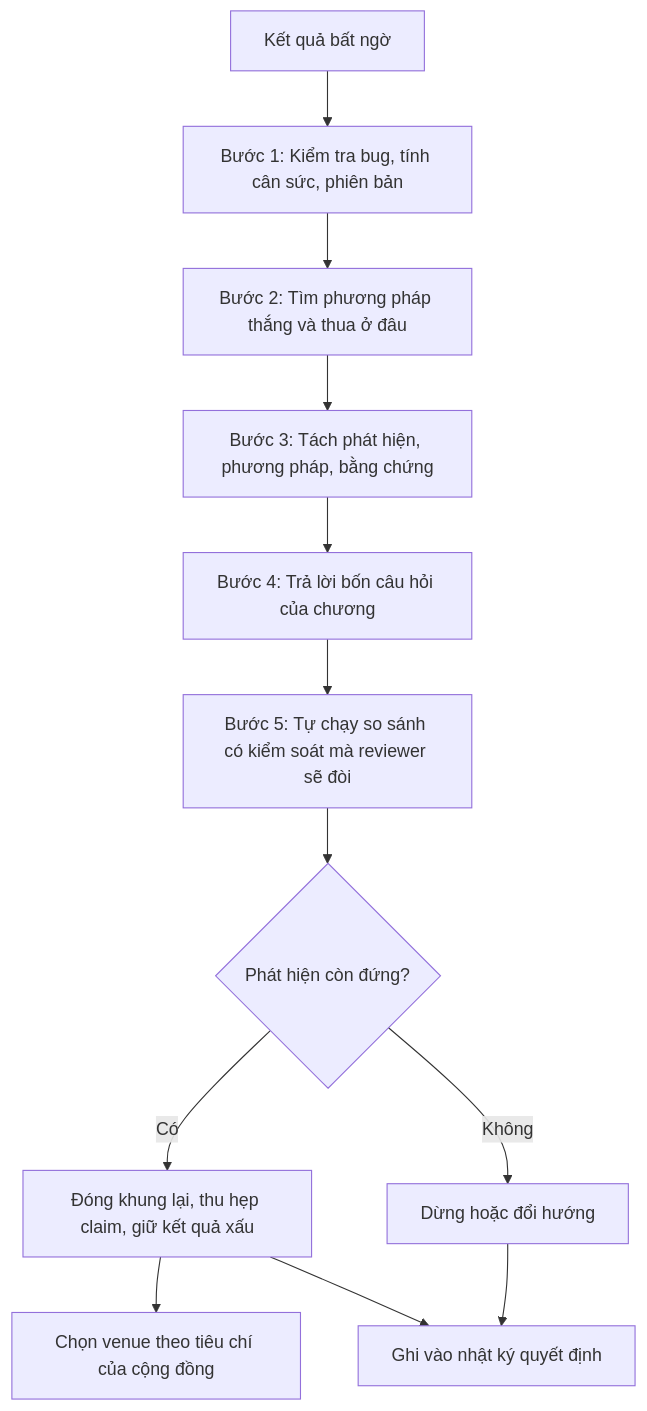
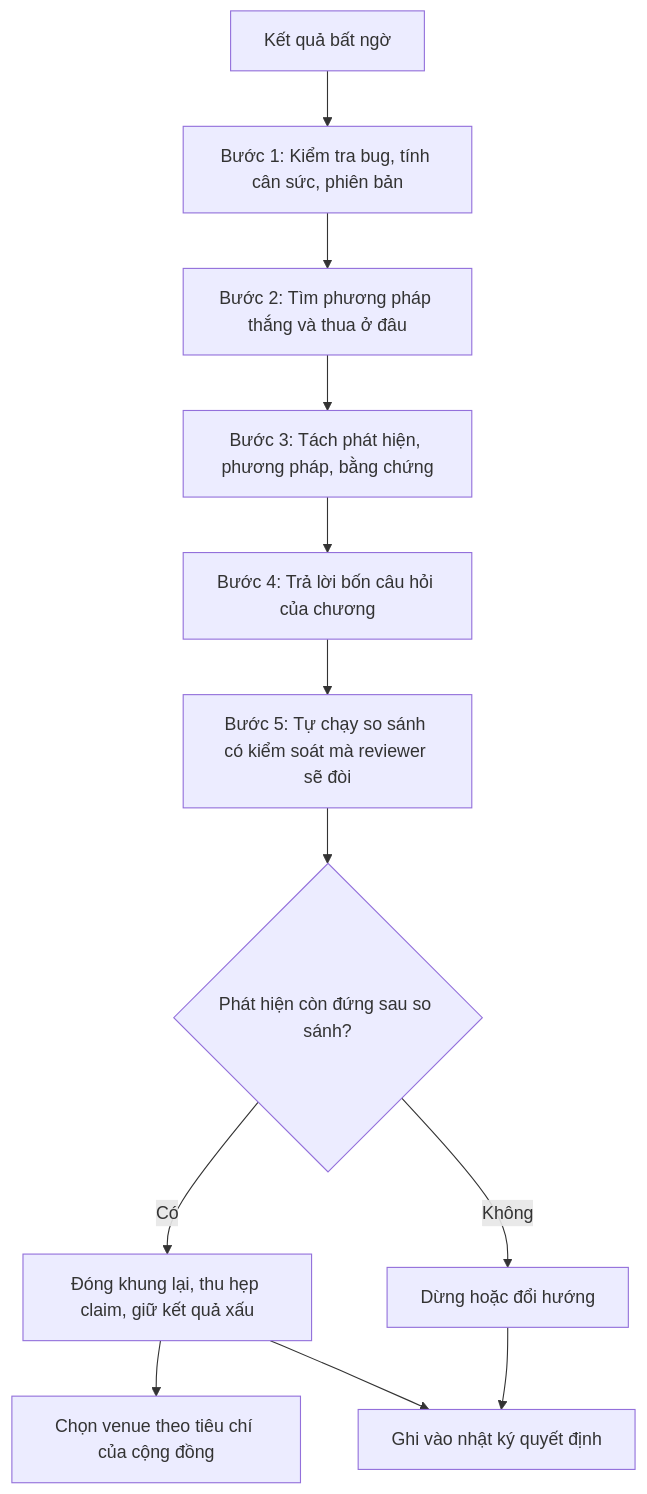
One commit to tuandung222/How-to-write-Astar-Paper changed the diagram in docs/08-tinh-huong-kho/thuc-hanh.md. Above: the diagram before and after it, drawn with Mermaid. The commit also changed other lines of this file, not shown here.

````diff
--- a/docs/08-tinh-huong-kho/thuc-hanh.md
+++ b/docs/08-tinh-huong-kho/thuc-hanh.md
@@ -347,14 +430,14 @@
 ```mermaid
 flowchart TD
     A["Kết quả bất ngờ"] --> B["Bước 1: Kiểm tra bug, tính cân sức, phiên bản"]
     B --> C["Bước 2: Tìm phương pháp thắng và thua ở đâu"]
     C --> D["Bước 3: Tách phát hiện, phương pháp, bằng chứng"]
     D --> E["Bước 4: Trả lời bốn câu hỏi của chương"]
     E --> F["Bước 5: Tự chạy so sánh có kiểm soát mà reviewer sẽ đòi"]
-    F --> G{"Phát hiện còn đứng?"}
+    F --> G{"Phát hiện còn đứng sau so sánh?"}
     G -->|"Có"| H["Đóng khung lại, thu hẹp claim, giữ kết quả xấu"]
     G -->|"Không"| I["Dừng hoặc đổi hướng"]
     H --> J["Chọn venue theo tiêu chí của cộng đồng"]
     H --> K["Ghi vào nhật ký quyết định"]
     I --> K
 ```
````
